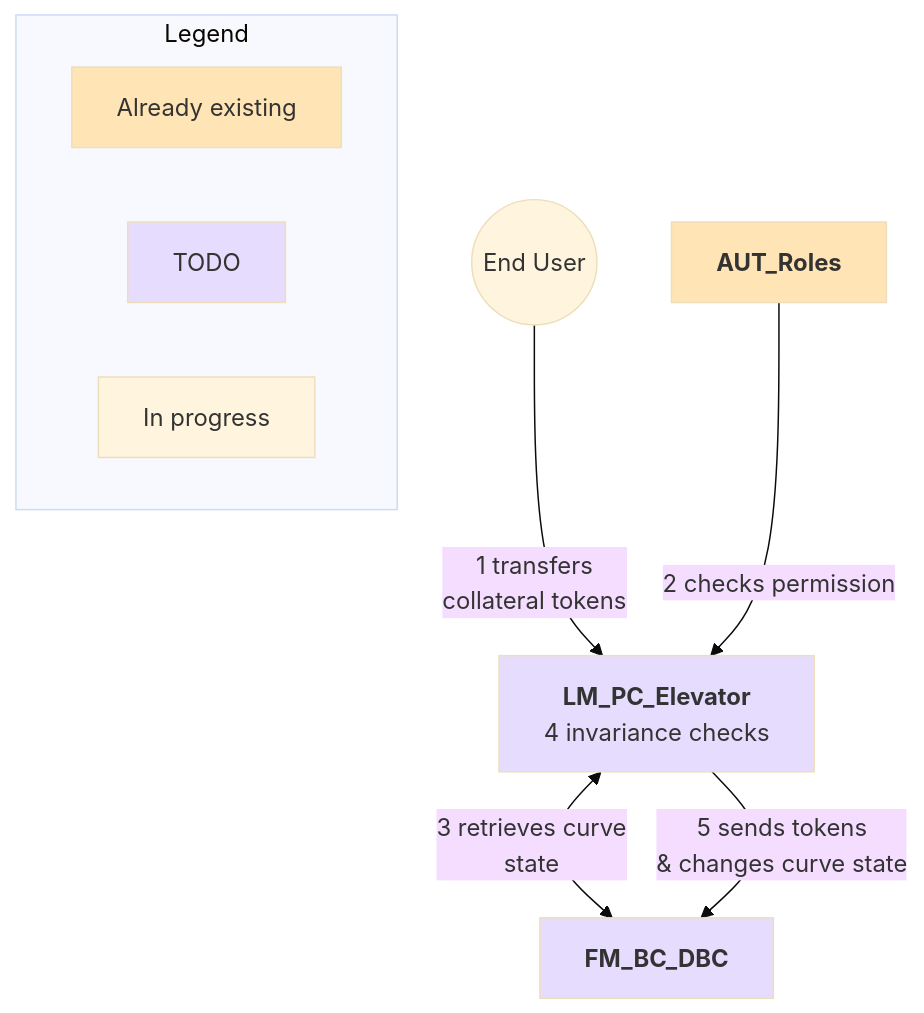
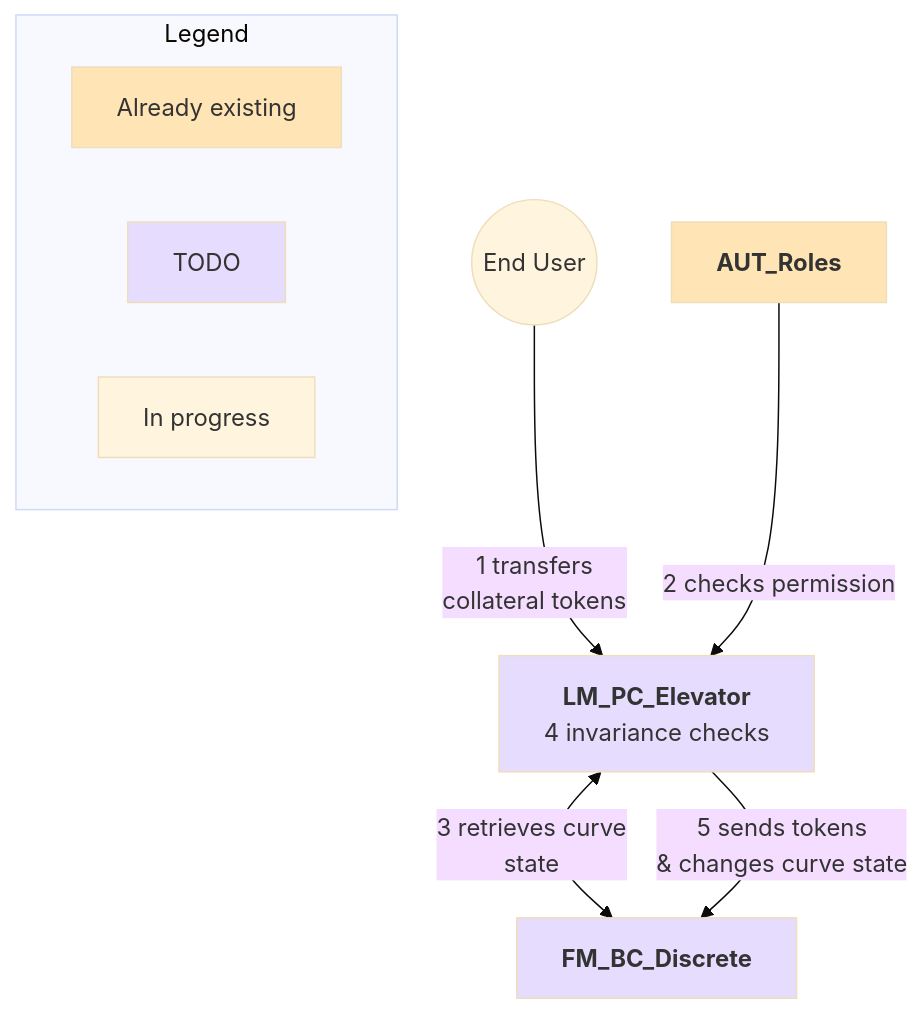
Before and after one commit to InverterNetwork/contracts: the seventh of 7 diagrams in context/Specs.md, drawn with Mermaid (base theme). The commit also changed other lines of this file and 8 other files, not shown here.

Commit message:
chore: rename FM_BC_DBC => FM_BC_Discrete

````diff
--- a/context/Specs.md
+++ b/context/Specs.md
@@ -312,38 +312,38 @@
 ```mermaid
 %%{init: {'flowchart': {'curve': 'basis', 'width': 1200, 'nodeSpacing': 50, 'rankSpacing': 50}} }%%
 flowchart TD
     %% Node Definitions
     %% ---------------
     %% Core Modules
-    FM_BC_DBC["<strong>FM_BC_DBC</strong>"]
+    FM_BC_Discrete["<strong>FM_BC_Discrete</strong>"]
     LM_PC_EL["<strong>LM_PC_Elevator</strong><br>4 invariance checks"]
     AUT["<strong>AUT_Roles</strong>"]
 
     %% Actors
     User(("End User"))
 
     %% Legend Definition
     %% ----------------
     subgraph Legend
         direction LR
         Existing["Already existing"]
         Todo["TODO"]
         Prog["In progress"]
     end
 
     %% Styling
     %% -------
     classDef ex fill:#FFE4B5
     classDef todo fill:#E6DCFD
     classDef prog fill:#F2F4C8
     class Existing,AUT,PP ex
-    class Todo,FM_BC_DBC,LM_PC_FP,LM_PC_CF,LM_PC_EL,AUX_1,AUX_2 todo
+    class Todo,FM_BC_Discrete,LM_PC_FP,LM_PC_CF,LM_PC_EL,AUX_1,AUX_2 todo
 
     %% Relationships
     %% ------------
     %% User Actions
     User --> |1 transfers<br>collateral tokens| LM_PC_EL
     AUT --> |2 checks permission| LM_PC_EL
-    LM_PC_EL <--> |3 retrieves curve<br>state| FM_BC_DBC
-    LM_PC_EL --> |5 sends tokens<br> & changes curve state| FM_BC_DBC
+    LM_PC_EL <--> |3 retrieves curve<br>state| FM_BC_Discrete
+    LM_PC_EL --> |5 sends tokens<br> & changes curve state| FM_BC_Discrete
 ```
````
